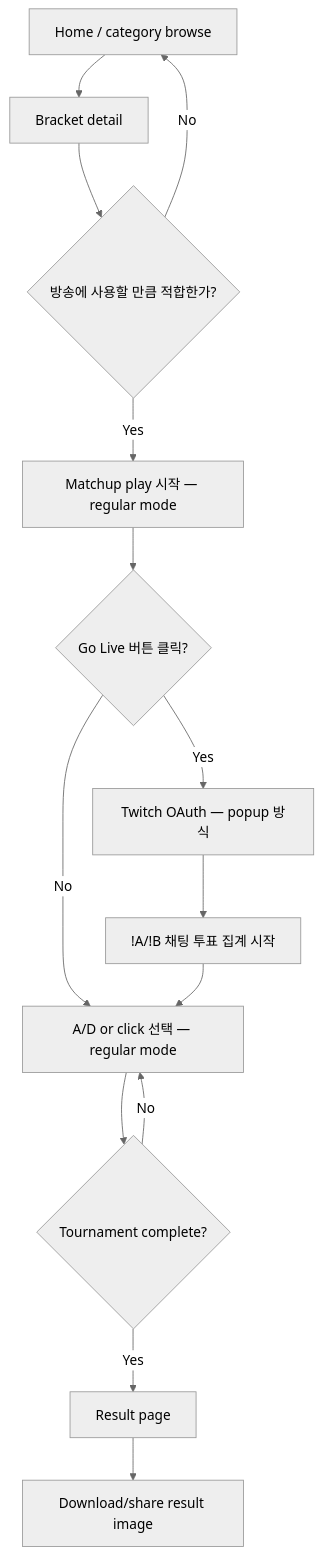
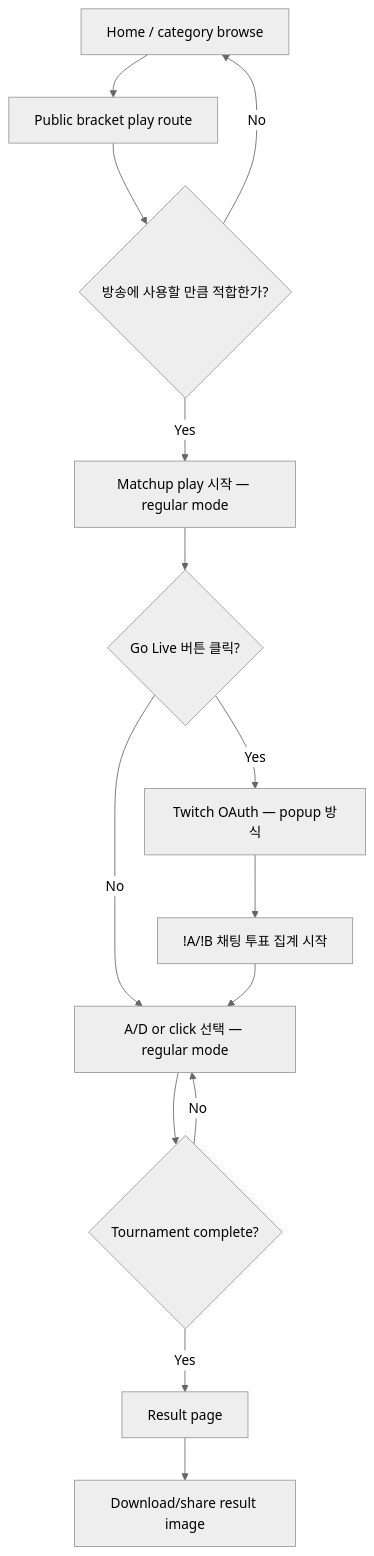
One commit to gyeongmin-lee/saveonedropone changed the first of 4 diagrams in _bmad-output/planning-artifacts/ux-design-specification.md. Above: the diagram before and after it, drawn with Mermaid (neutral theme). The commit also changed other lines of this file and 5 other files, not shown here.

````diff
--- a/_bmad-output/planning-artifacts/ux-design-specification.md
+++ b/_bmad-output/planning-artifacts/ux-design-specification.md
@@ -225,16 +225,16 @@
 ```mermaid
 flowchart TD
-  A[Home / category browse] --> B[Bracket detail]
+  A[Home / category browse] --> B[Public bracket play route]
   B --> C{방송에 사용할 만큼 적합한가?}
   C -- No --> A
   C -- Yes --> D[Matchup play 시작 — regular mode]
   D --> D2{Go Live 버튼 클릭?}
   D2 -- No --> G[A/D or click 선택 — regular mode]
   D2 -- Yes --> E[Twitch OAuth — popup 방식]
   E --> F[!A/!B 채팅 투표 집계 시작]
   F --> G
   G --> H{Tournament complete?}
   H -- No --> G
   H -- Yes --> I[Result page]
   I --> J[Download/share result image]
 ```
````
